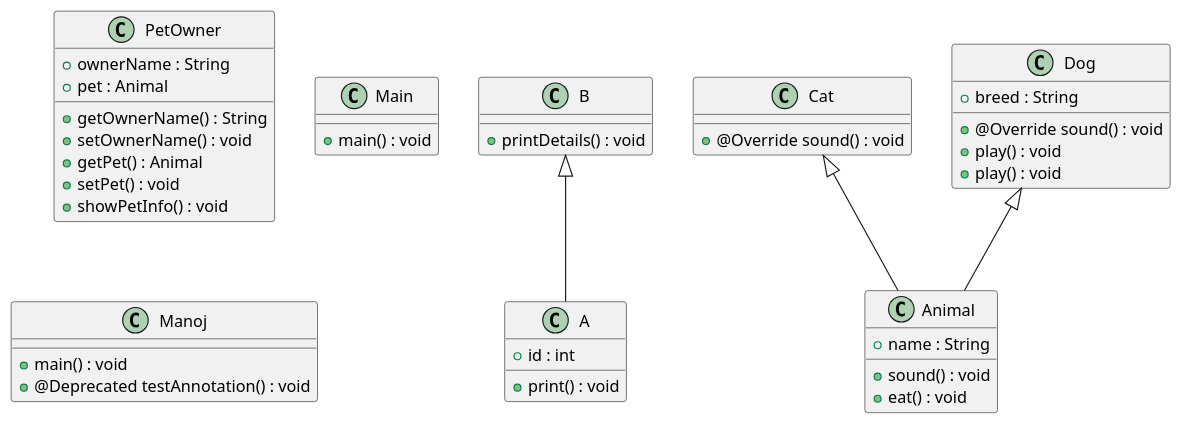
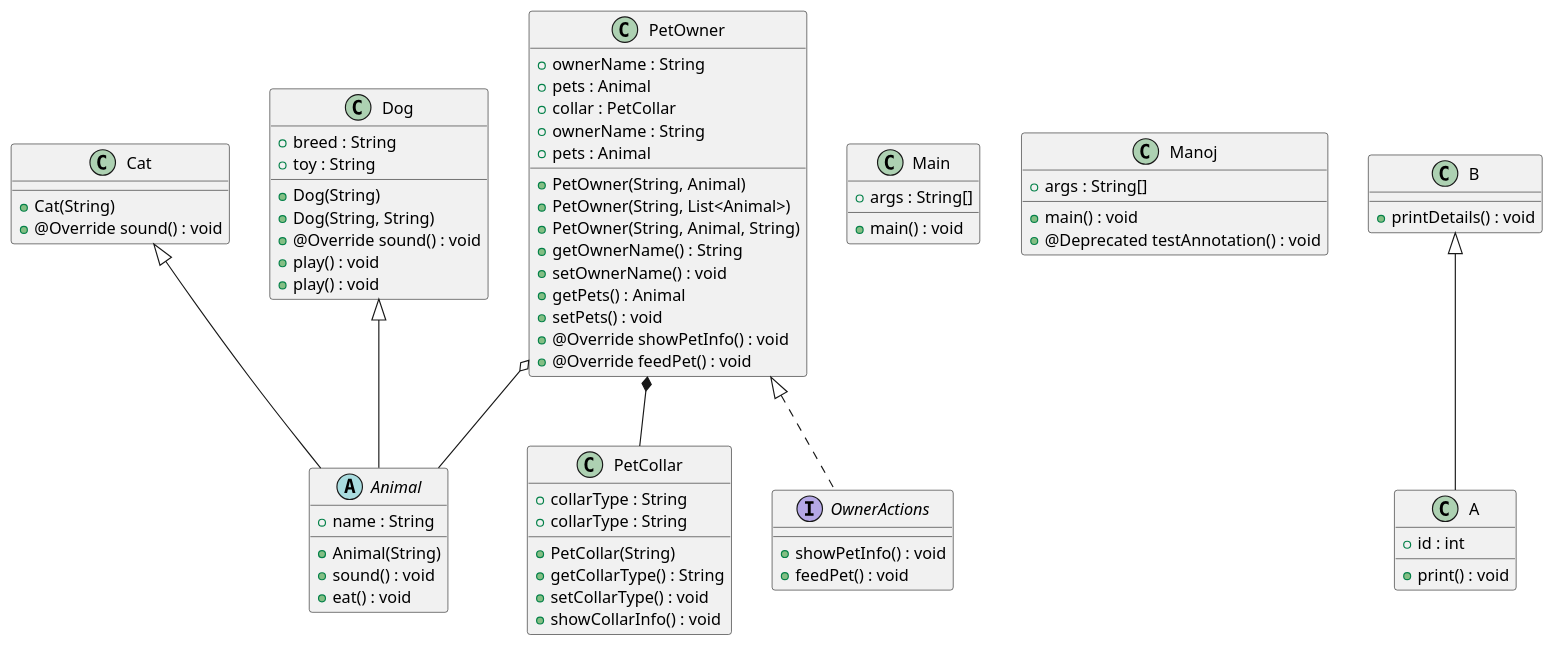
Before and after one commit to Harsha1818/CSCI6235_JavaDocumentGenerator_2024: the diagram in output.puml, drawn with PlantUML. The commit also changed 7 other files, not shown here.

```diff
--- a/output.puml
+++ b/output.puml
@@ -1,42 +1,71 @@
 @startuml
 class PetOwner {
     + ownerName : String
-    + pet : Animal
+    + pets : Animal
+    + collar : PetCollar
+    +  PetOwner(String, Animal)
+    +  PetOwner(String, List<Animal>)
+    +  PetOwner(String, Animal, String)
     +  getOwnerName() : String
     +  setOwnerName() : void
-    +  getPet() : Animal
-    +  setPet() : void
+    + ownerName : String
+    +  getPets() : Animal
+    +  setPets() : void
+    + pets : Animal
+    + @Override showPetInfo() : void
+    + @Override feedPet() : void
+}
+PetOwner o-- Animal
+PetOwner *-- PetCollar
+PetOwner <|.. OwnerActions
+interface OwnerActions {
     +  showPetInfo() : void
+    +  feedPet() : void
+}
+class PetCollar {
+    + collarType : String
+    +  PetCollar(String)
+    +  getCollarType() : String
+    +  setCollarType() : void
+    + collarType : String
+    +  showCollarInfo() : void
 }
 class Main {
     +  main() : void
+    + args : String[]
 }
 class Manoj {
     +  main() : void
+    + args : String[]
     + @Deprecated testAnnotation() : void
 }
 class A {
     + id : int
     +  print() : void
 }
 class B {
     +  printDetails() : void
 }
 B <|-- A
 class Cat {
+    +  Cat(String)
     + @Override sound() : void
 }
 Cat <|-- Animal
 class Dog {
     + breed : String
+    +  Dog(String)
+    +  Dog(String, String)
     + @Override sound() : void
     +  play() : void
     +  play() : void
+    + toy : String
 }
 Dog <|-- Animal
-class Animal {
+abstract class Animal {
     + name : String
+    +  Animal(String)
     +  sound() : void
     +  eat() : void
 }
 @enduml
```
